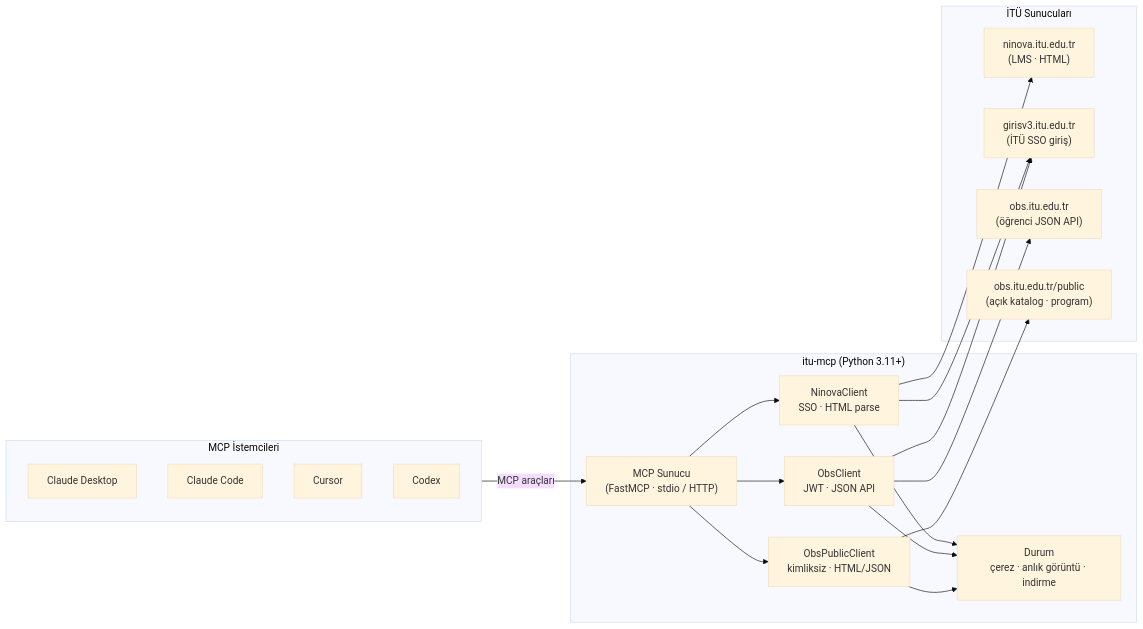
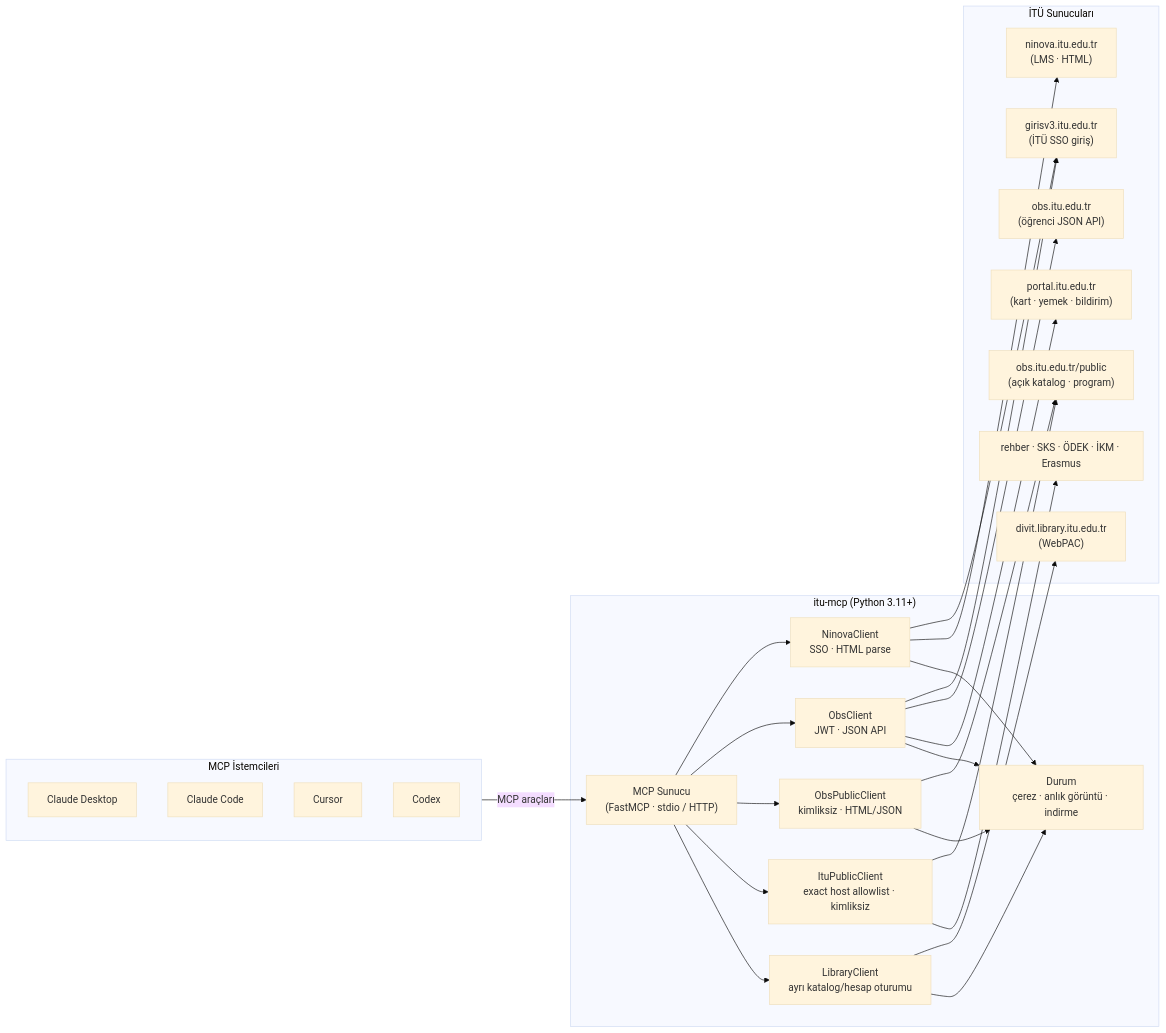
Before and after one commit to yatuk/itu-mcp: the diagram in README.md, drawn with Mermaid (base theme). The commit also changed other lines of this file and 34 other files, not shown here.

````diff
--- a/README.md
+++ b/README.md
@@ -79,37 +83,49 @@
 ```mermaid
 flowchart LR
     subgraph istemciler["MCP İstemcileri"]
         claude["Claude Desktop"]
         claude_code["Claude Code"]
         cursor["Cursor"]
         codex["Codex"]
     end
 
     subgraph sunucu["itu-mcp (Python 3.11+)"]
         mcp["MCP Sunucu<br/>(FastMCP · stdio / HTTP)"]
         ninova_client["NinovaClient<br/>SSO · HTML parse"]
         obs_client["ObsClient<br/>JWT · JSON API"]
         obs_public["ObsPublicClient<br/>kimliksiz · HTML/JSON"]
+        itu_public["ItuPublicClient<br/>exact host allowlist · kimliksiz"]
+        library_client["LibraryClient<br/>ayrı katalog/hesap oturumu"]
         state["Durum<br/>çerez · anlık görüntü · indirme"]
     end
 
     subgraph itu["İTÜ Sunucuları"]
         ninova["ninova.itu.edu.tr<br/>(LMS · HTML)"]
         giris["girisv3.itu.edu.tr<br/>(İTÜ SSO giriş)"]
         obs["obs.itu.edu.tr<br/>(öğrenci JSON API)"]
         obs_pub["obs.itu.edu.tr/public<br/>(açık katalog · program)"]
+        portal["portal.itu.edu.tr<br/>(kart · yemek · bildirim)"]
+        campus["rehber · SKS · ÖDEK · İKM · Erasmus"]
+        library["divit.library.itu.edu.tr<br/>(WebPAC)"]
     end
 
     istemciler -->|"MCP araçları"| mcp
     mcp --> ninova_client
     mcp --> obs_client
     mcp --> obs_public
+    mcp --> itu_public
+    mcp --> library_client
     ninova_client --> giris
     ninova_client --> ninova
     obs_client --> giris
     obs_client --> obs
+    obs_client --> portal
     obs_public --> obs_pub
+    itu_public --> obs_pub
+    itu_public --> campus
+    library_client --> library
     ninova_client --> state
     obs_client --> state
     obs_public --> state
+    library_client --> state
 ```
````
